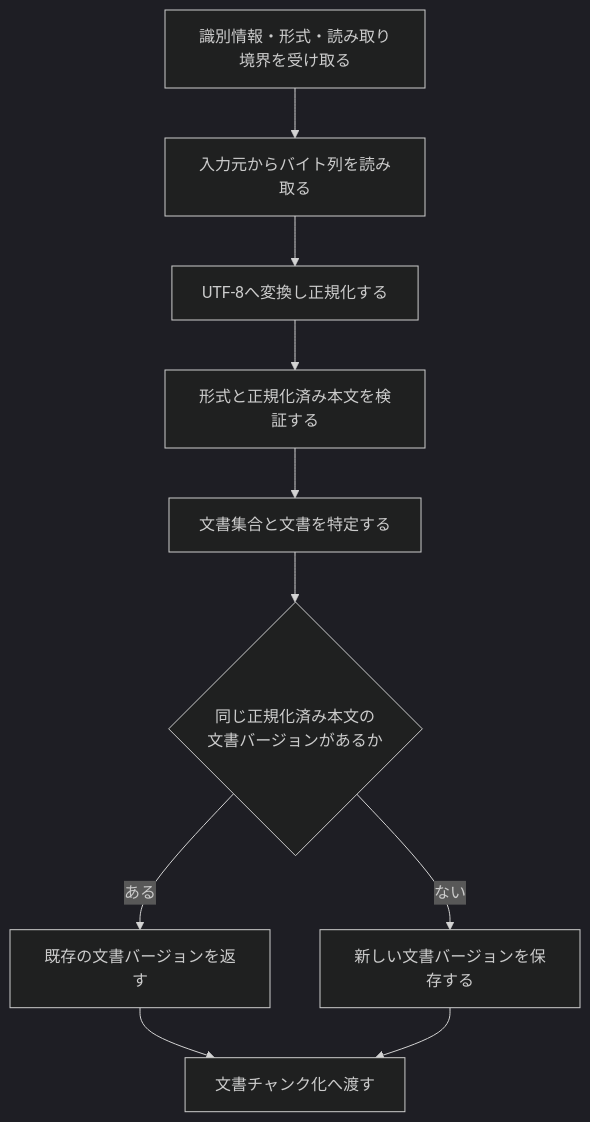
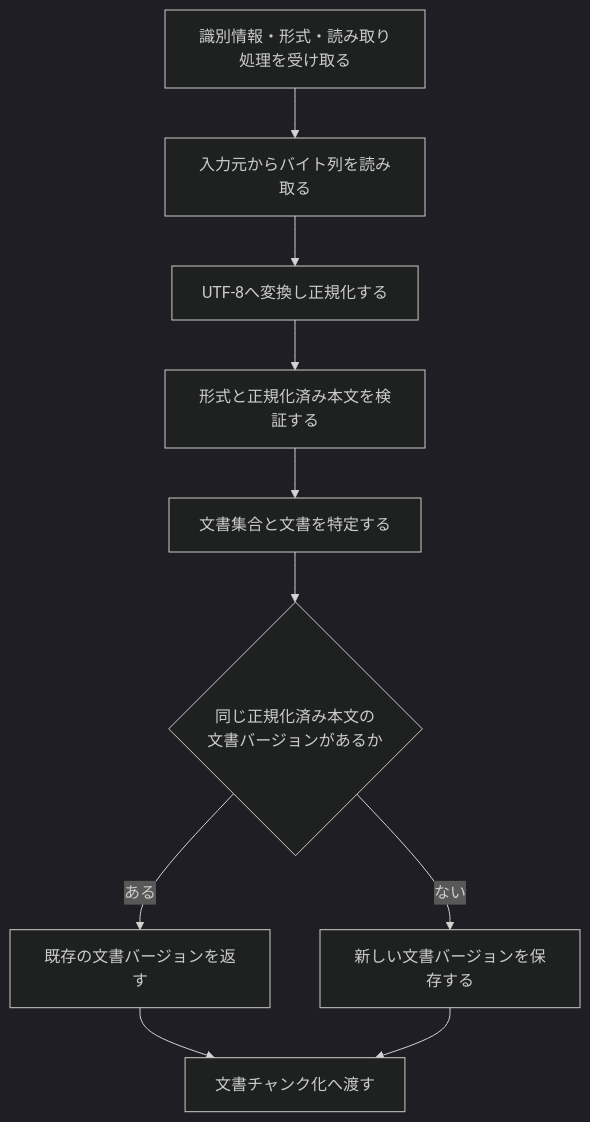
One commit to takashit16833/RAGScope changed the diagram in project-docs/design/domains/documents/文書取り込み設計.md. Above: the diagram before and after it, drawn with Mermaid (dark theme). The commit also changed other lines of this file, not shown here.

````diff
--- a/project-docs/design/domains/documents/文書取り込み設計.md
+++ b/project-docs/design/domains/documents/文書取り込み設計.md
@@ -39,16 +41,16 @@
 ```mermaid
 flowchart TD
-    Receive["識別情報・形式・読み取り境界を受け取る"]
+    Receive["識別情報・形式・読み取り処理を受け取る"]
     Read["入力元からバイト列を読み取る"]
     Normalize["UTF-8へ変換し正規化する"]
     Validate["形式と正規化済み本文を検証する"]
     Identify["文書集合と文書を特定する"]
     Compare{"同じ正規化済み本文の<br>文書バージョンがあるか"}
     Reuse["既存の文書バージョンを返す"]
     Create["新しい文書バージョンを保存する"]
     Handoff["文書チャンク化へ渡す"]
 
     Receive --> Read --> Normalize --> Validate --> Identify --> Compare
     Compare -->|ある| Reuse --> Handoff
     Compare -->|ない| Create --> Handoff
 ```
````
